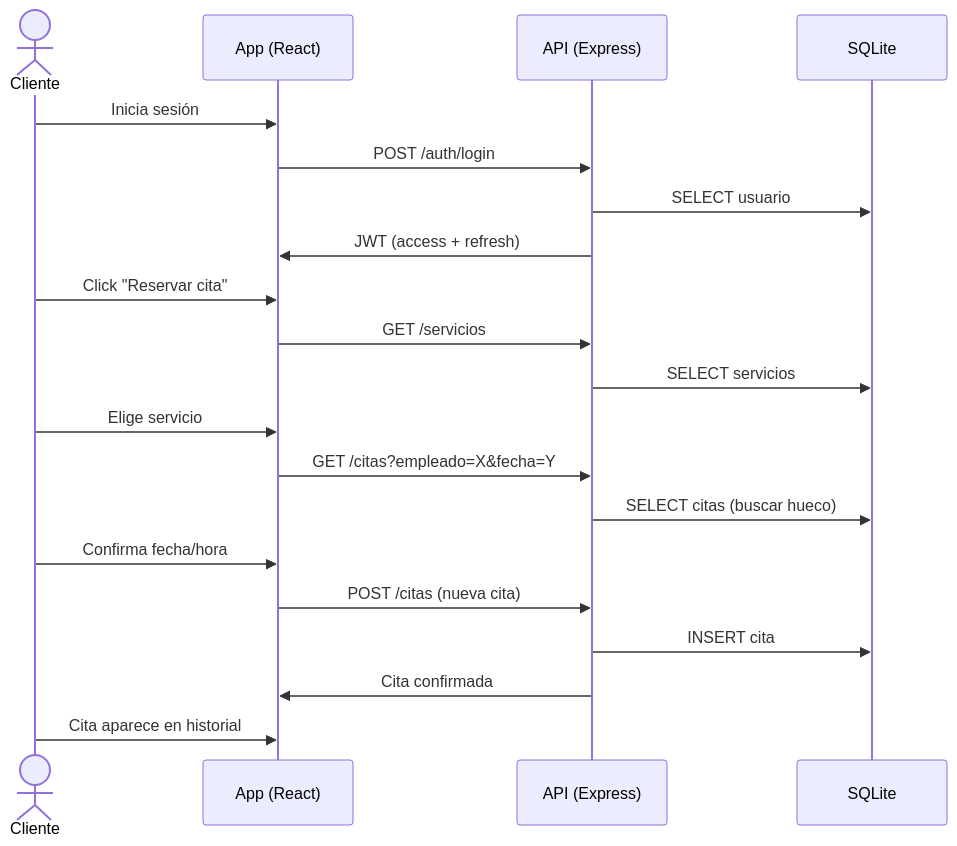
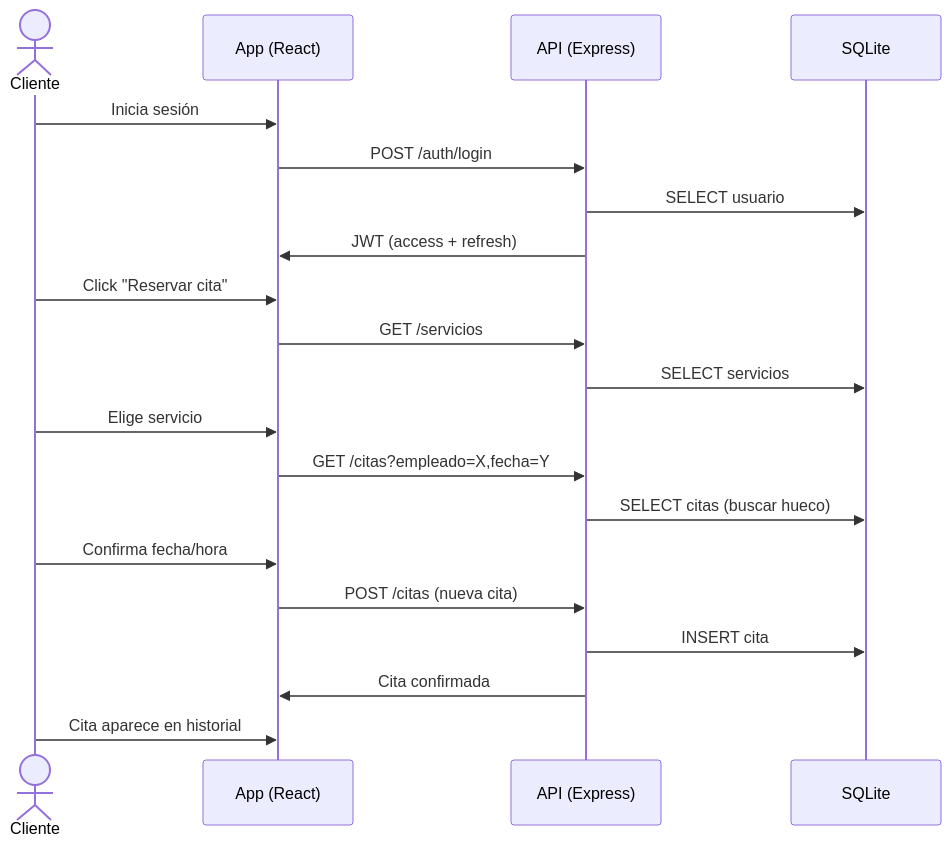
The sixth of 6 diagrams in README.md (brihuaa/AgendaFLow), drawn with Mermaid before and after one commit.

````diff
--- a/README.md
+++ b/README.md
@@ -402,27 +402,27 @@
 ```mermaid
 sequenceDiagram
     actor Cliente
     participant App as App (React)
     participant API as API (Express)
     participant DB as SQLite
     
     Cliente->>App: Inicia sesión
     App->>API: POST /auth/login
     API->>DB: SELECT usuario
     API->>App: JWT (access + refresh)
     
     Cliente->>App: Click "Reservar cita"
     App->>API: GET /servicios
     API->>DB: SELECT servicios
     
     Cliente->>App: Elige servicio
-    App->>API: GET /citas?empleado=X&fecha=Y
+    App->>API: GET /citas?empleado=X,fecha=Y
     API->>DB: SELECT citas (buscar hueco)
     
     Cliente->>App: Confirma fecha/hora
     App->>API: POST /citas (nueva cita)
     API->>DB: INSERT cita
     API->>App: Cita confirmada
     
     Cliente->>App: Cita aparece en historial
 ```
````
